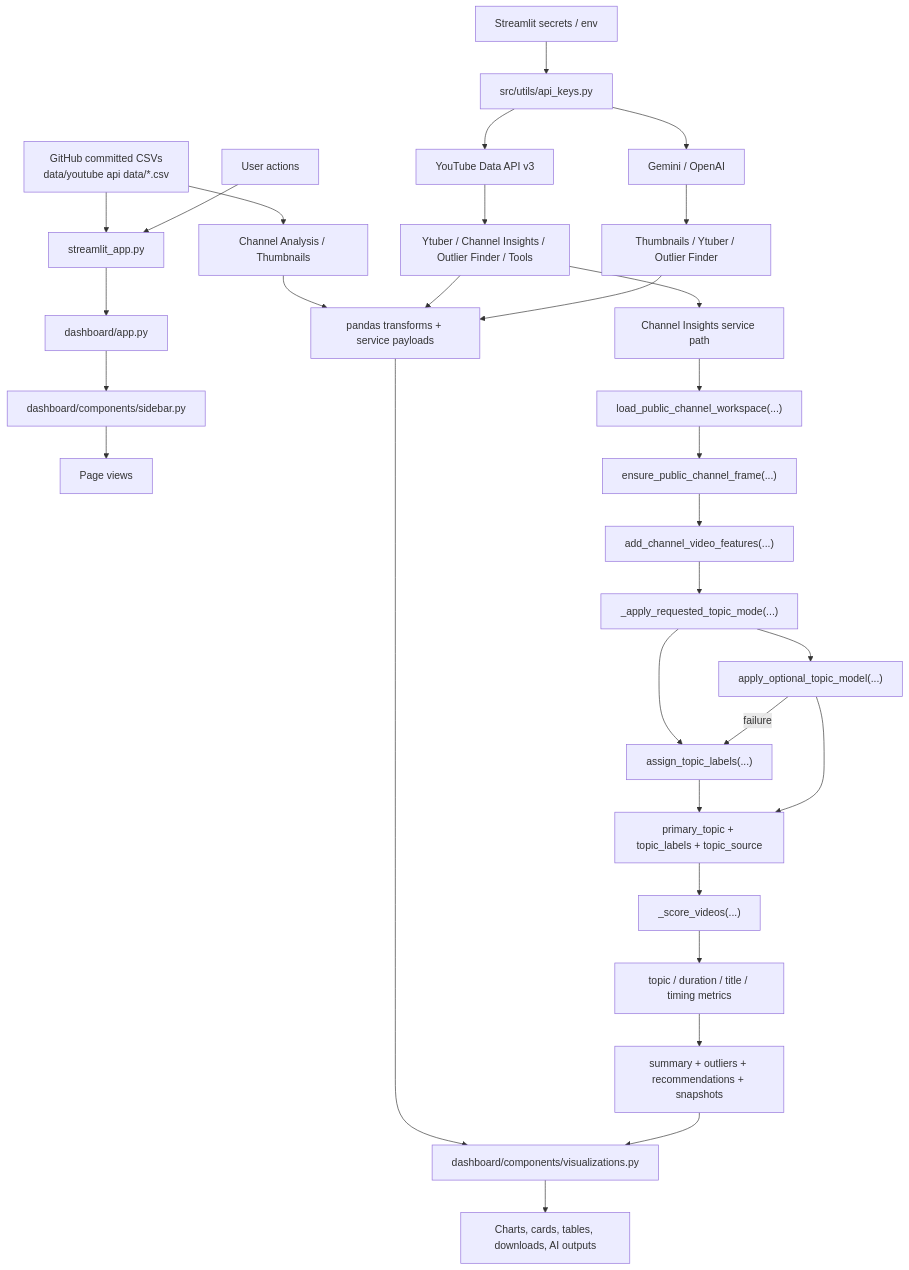
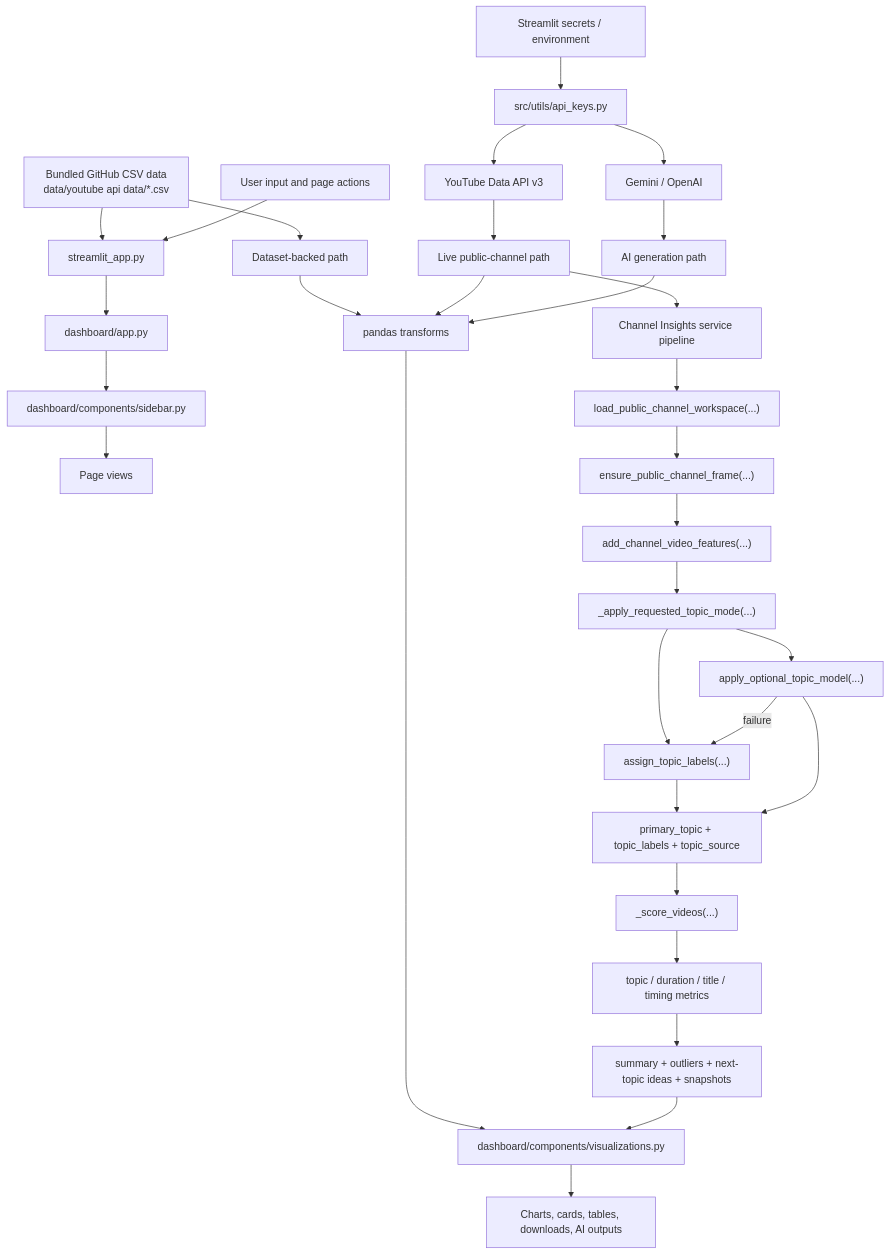
The first of 8 diagrams in docs/ARCHITECTURE.md (AsherJ07/purdue-youtube-ip-new), drawn with Mermaid before and after one commit. The commit also changed other lines of this file and 3 other files, not shown here.

````diff
--- a/docs/ARCHITECTURE.md
+++ b/docs/ARCHITECTURE.md
@@ -17,38 +30,38 @@
 ```mermaid
 flowchart TD
-    A["GitHub committed CSVs<br/>data/youtube api data/*.csv"] --> B["streamlit_app.py"]
-    U["User actions"] --> B
+    A["Bundled GitHub CSV data<br/>data/youtube api data/*.csv"] --> B["streamlit_app.py"]
+    U["User input and page actions"] --> B
     B --> C["dashboard/app.py"]
     C --> D["dashboard/components/sidebar.py"]
     D --> E["Page views"]
 
-    S["Streamlit secrets / env"] --> F["src/utils/api_keys.py"]
+    S["Streamlit secrets / environment"] --> F["src/utils/api_keys.py"]
     F --> G["YouTube Data API v3"]
     F --> H["Gemini / OpenAI"]
 
-    A --> J["Channel Analysis / Thumbnails"]
-    G --> K["Ytuber / Channel Insights / Outlier Finder / Tools"]
-    H --> L["Thumbnails / Ytuber / Outlier Finder"]
+    A --> I["Dataset-backed path"]
+    G --> J["Live public-channel path"]
+    H --> K["AI generation path"]
 
-    J --> M["pandas transforms + service payloads"]
-    K --> M
-    L --> M
+    I --> L["pandas transforms"]
+    J --> L
+    K --> L
 
-    K --> N["Channel Insights service path"]
-    N --> N1["load_public_channel_workspace(...)"]
-    N1 --> N2["ensure_public_channel_frame(...)"]
-    N2 --> N3["add_channel_video_features(...)"]
-    N3 --> N4["_apply_requested_topic_mode(...)"]
-    N4 --> N5["assign_topic_labels(...)"]
-    N4 --> N6["apply_optional_topic_model(...)"]
-    N6 -->|failure| N5
-    N5 --> N7["primary_topic + topic_labels + topic_source"]
-    N6 --> N7
-    N7 --> N8["_score_videos(...)"]
-    N8 --> N9["topic / duration / title / timing metrics"]
-    N9 --> N10["summary + outliers + recommendations + snapshots"]
+    J --> M["Channel Insights service pipeline"]
+    M --> M1["load_public_channel_workspace(...)"]
+    M1 --> M2["ensure_public_channel_frame(...)"]
+    M2 --> M3["add_channel_video_features(...)"]
+    M3 --> M4["_apply_requested_topic_mode(...)"]
+    M4 --> M5["assign_topic_labels(...)"]
+    M4 --> M6["apply_optional_topic_model(...)"]
+    M6 -->|failure| M5
+    M5 --> M7["primary_topic + topic_labels + topic_source"]
+    M6 --> M7
+    M7 --> M8["_score_videos(...)"]
+    M8 --> M9["topic / duration / title / timing metrics"]
+    M9 --> M10["summary + outliers + next-topic ideas + snapshots"]
 
-    M --> P["dashboard/components/visualizations.py"]
-    N10 --> P
-    P --> Q["Charts, cards, tables, downloads, AI outputs"]
+    L --> N["dashboard/components/visualizations.py"]
+    M10 --> N
+    N --> O["Charts, cards, tables, downloads, AI outputs"]
 ```
````
